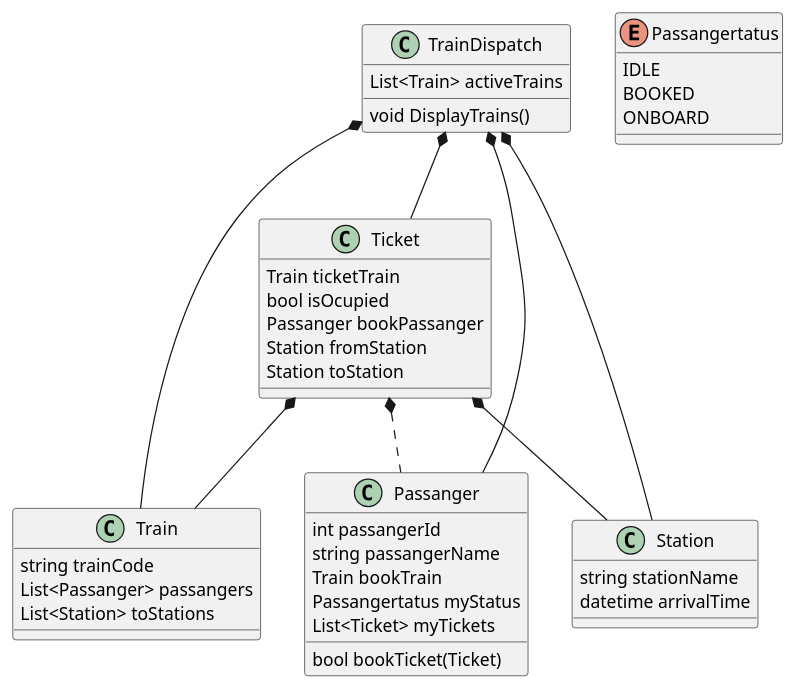
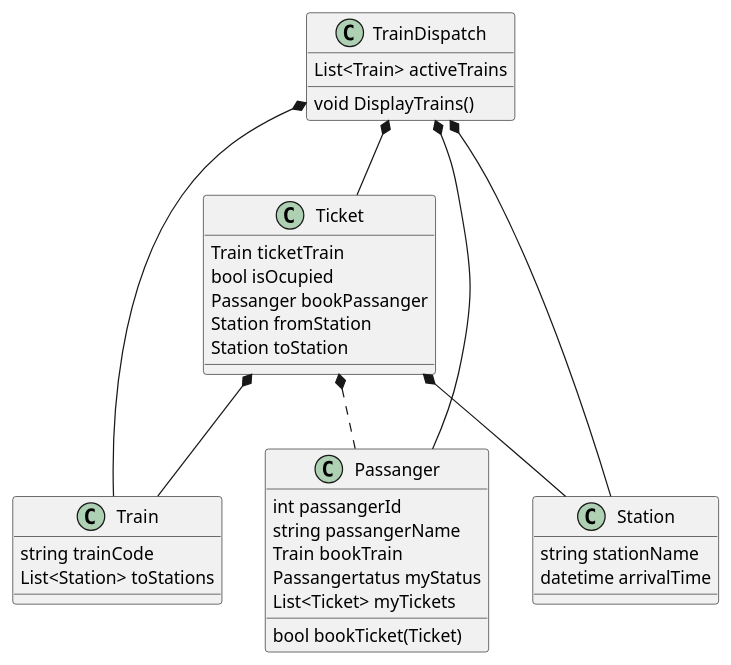
One commit to arnoliudaxia/CS132-12306 changed the diagram in docs/UML/ObjectHire.puml. Above: the diagram before and after it, drawn with PlantUML. The commit also changed 1 other file, not shown here.

Commit message:
在DebugApp中设计了一个地图

```diff
--- a/docs/UML/ObjectHire.puml
+++ b/docs/UML/ObjectHire.puml
@@ -1,57 +1,57 @@
 @startuml
 'https://plantuml.com/class-diagram
 
 class TrainDispatch{
 List<Train> activeTrains
 
 void DisplayTrains()
 }
 
 class Train{
  string trainCode
- List<Passanger> passangers
+' List<Passanger> passangers
  List<Station> toStations
 }
 
-enum Passangertatus{
-    IDLE
-    BOOKED
-    ONBOARD
-}
+'enum Passangertatus{
+'    IDLE
+'    BOOKED
+'    ONBOARD
+'}
 
 class Passanger{
 int passangerId
 string passangerName
 Train bookTrain
 Passangertatus myStatus
 List<Ticket> myTickets
 
 bool bookTicket(Ticket)
 
 }
 
 class Station{
     string stationName
     datetime arrivalTime
 }
 
 TrainDispatch *-- Train
 TrainDispatch *-- Passanger
 TrainDispatch *-- Station
 
 class Ticket{
     Train ticketTrain
 '    string ticketType
 '    int ticketPrice
     bool isOcupied
     Passanger bookPassanger
     Station fromStation
     Station toStation
 }
 Ticket *-- Train
 Ticket *-- Station
 Ticket *.. Passanger
 
 TrainDispatch *-- Ticket
 
 @enduml
```
